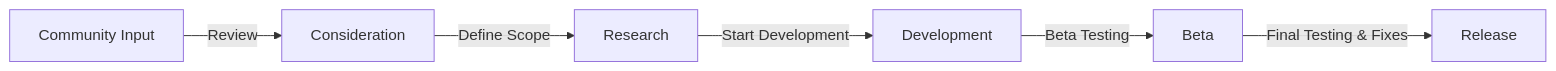
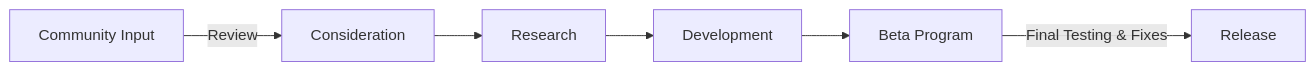
Before and after one commit to CorefluxCommunity/Coreflux-roadmap: the diagram in README.md, drawn with Mermaid.

````diff
--- a/README.md
+++ b/README.md
@@ -15,8 +15,8 @@
 ```mermaid
 graph LR
     A[Community Input] -->|Review| B[Consideration]
-    B -->|Define Scope| C[Research]
-    C -->|Start Development| D[Development]
-    D -->|Beta Testing| E[Beta]
+    B -->C[Research]
+    C -->D[Development]
+    D -->E[Beta Program]
     E -->|Final Testing & Fixes| F[Release]
 ```
````
